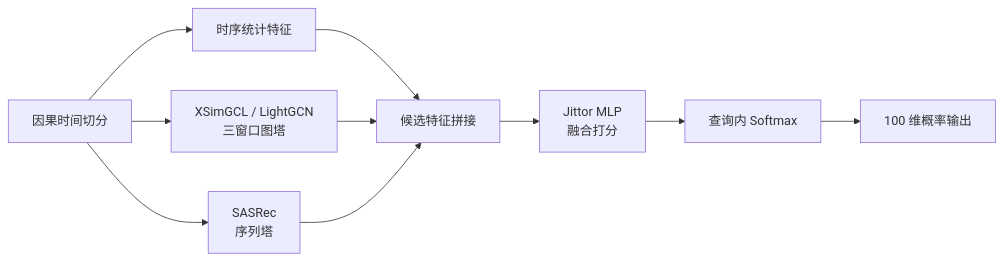
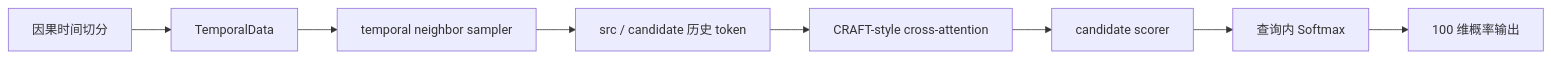
The fourth of 4 diagrams in docs/research/problem-overview.md (Puiching-Memory/jittor-GPNUT1-JGRec), drawn with Mermaid before and after one commit. The commit also changed other lines of this file and 26 other files, not shown here.

````diff
--- a/docs/research/problem-overview.md
+++ b/docs/research/problem-overview.md
@@ -270,12 +270,10 @@
 ```mermaid
 flowchart LR
-    A["因果时间切分"] --> B["时序统计特征"]
-    A --> C["XSimGCL / LightGCN<br/>三窗口图塔"]
-    A --> D["SASRec<br/>序列塔"]
-    B --> E["候选特征拼接"]
-    C --> E
-    D --> E
-    E --> F["Jittor MLP<br/>融合打分"]
+    A["因果时间切分"] --> B["TemporalData"]
+    B --> C["temporal neighbor sampler"]
+    C --> D["src / candidate 历史 token"]
+    D --> E["CRAFT-style cross-attention"]
+    E --> F["candidate scorer"]
     F --> G["查询内 Softmax"]
     G --> H["100 维概率输出"]
 ```
````
